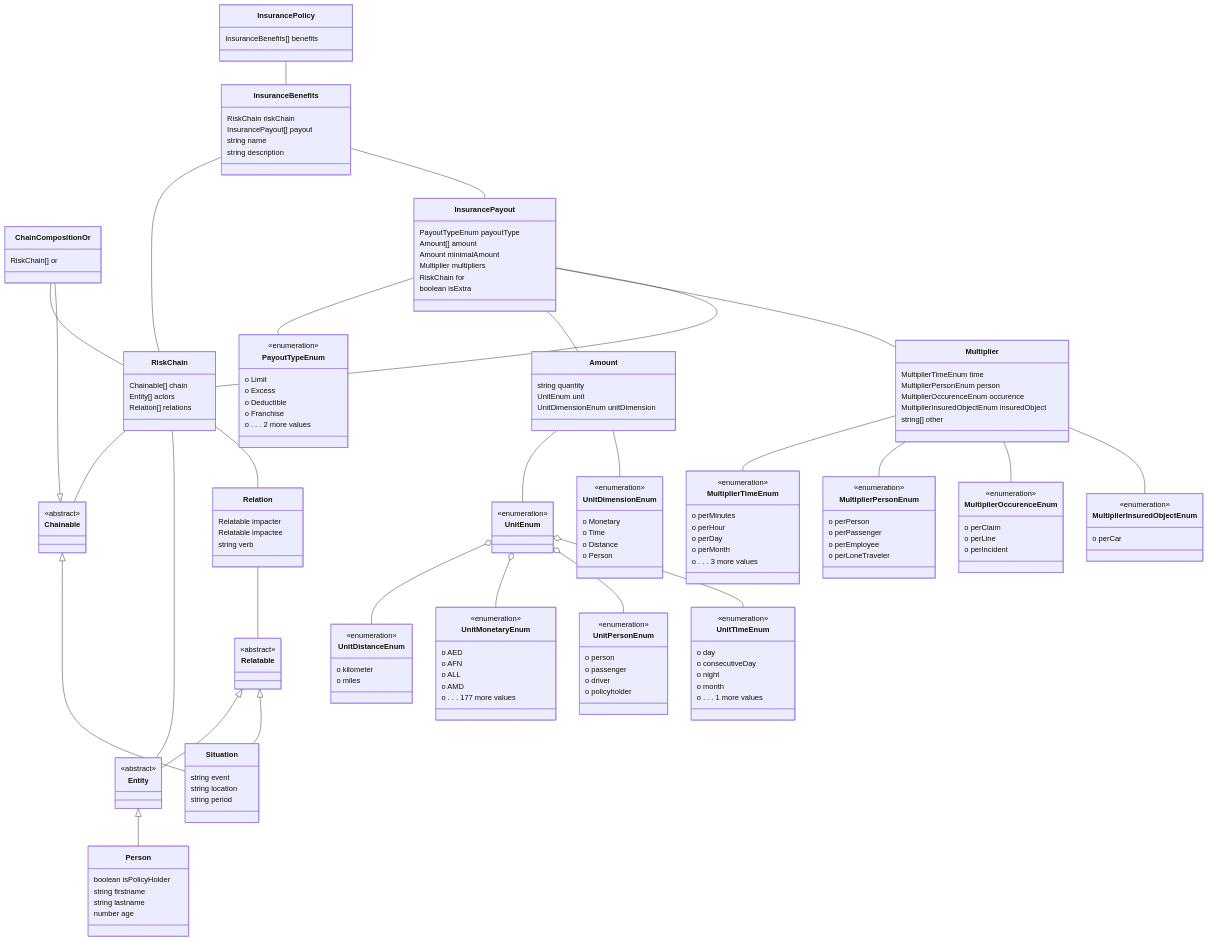
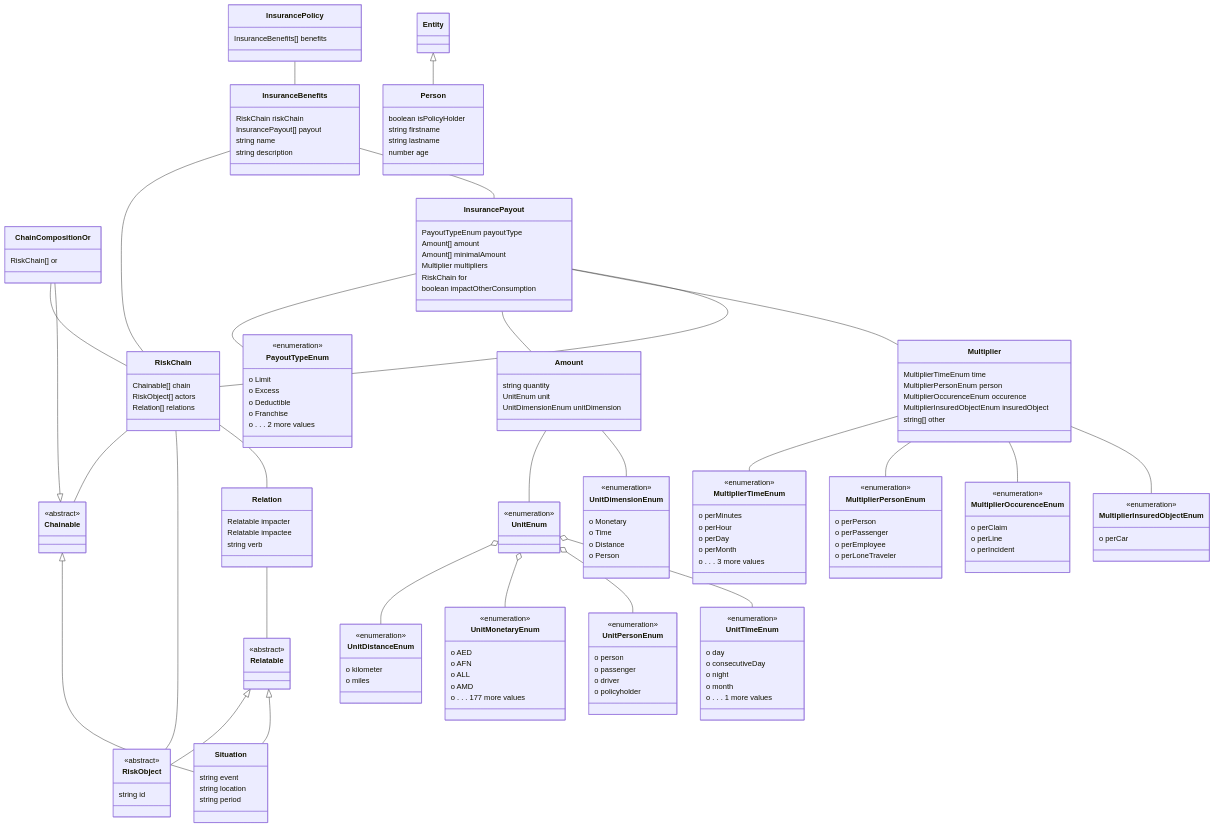
One commit to codexstanford/Insurance-Payout-Ontology changed the diagram in datamodel-build/mermaid/diagram.mmd. Above: the diagram before and after it, drawn with Mermaid. The commit also changed 92 other files, not shown here.

```diff
--- a/datamodel-build/mermaid/diagram.mmd
+++ b/datamodel-build/mermaid/diagram.mmd
@@ -29,15 +29,6 @@
 
 }
 
-
-
-Relatable <|-- Entity
-class Entity {
-<<abstract>>
-
-
-}
-
 InsuranceBenefits -- RiskChain
 InsuranceBenefits -- InsurancePayout
 
@@ -61,10 +52,10 @@
 
   PayoutTypeEnum payoutType
   Amount[] amount
-  Amount minimalAmount
+  Amount[] minimalAmount
   Multiplier multipliers
   RiskChain for
-  boolean isExtra
+  boolean impactOtherConsumption
 
 }
 
@@ -163,15 +154,25 @@
 }
 
 RiskChain -- Chainable
-RiskChain -- Entity
+RiskChain -- RiskObject
 RiskChain -- Relation
 
 
 class RiskChain {
 
   Chainable[] chain
-  Entity[] actors
+  RiskObject[] actors
   Relation[] relations
+
+}
+
+
+
+Relatable <|-- RiskObject
+class RiskObject {
+<<abstract>>
+
+  string id
 
 }
 
```
